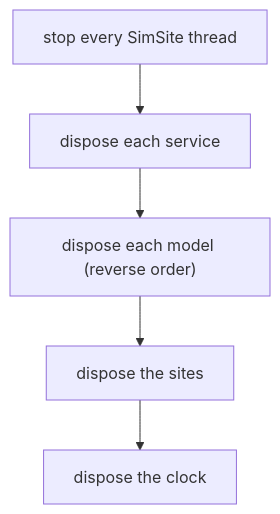
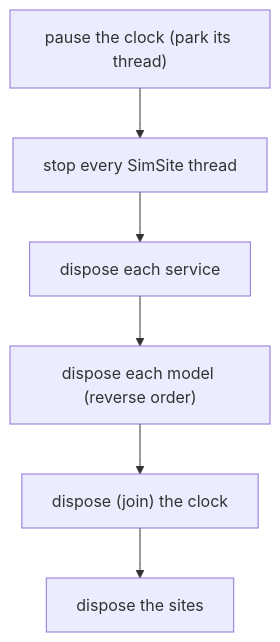
Before and after one commit to SimulaSharp-org/simulasharp-docs: the third of 3 diagrams in public/content/simulator-lifecycle.md, drawn with Mermaid. The commit also changed other lines of this file and 1 other file, not shown here.

First line of the commit message:
Fix park-on-idle teardown race: stop the clock thread before disposing sites

````diff
--- a/public/content/simulator-lifecycle.md
+++ b/public/content/simulator-lifecycle.md
@@ -104,7 +108,8 @@
 ```mermaid
 flowchart TB
-  A["stop every SimSite thread"] --> B["dispose each service"]
+  P["pause the clock (park its thread)"] --> A["stop every SimSite thread"]
+  A --> B["dispose each service"]
   B --> C["dispose each model (reverse order)"]
-  C --> D["dispose the sites"]
-  D --> E["dispose the clock"]
+  C --> E["dispose (join) the clock"]
+  E --> D["dispose the sites"]
 ```
````
